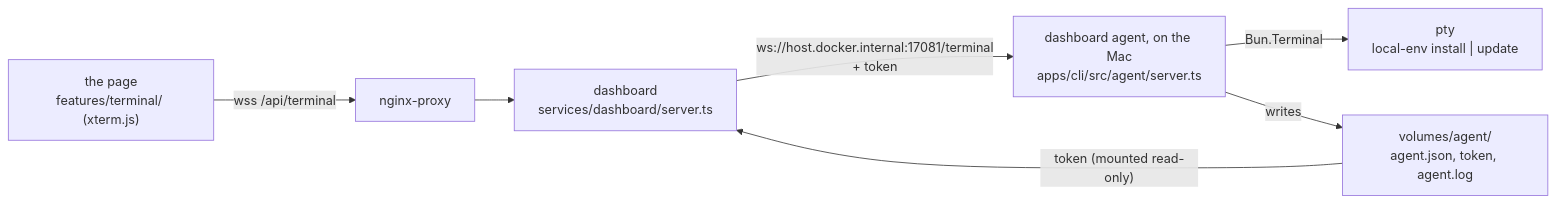
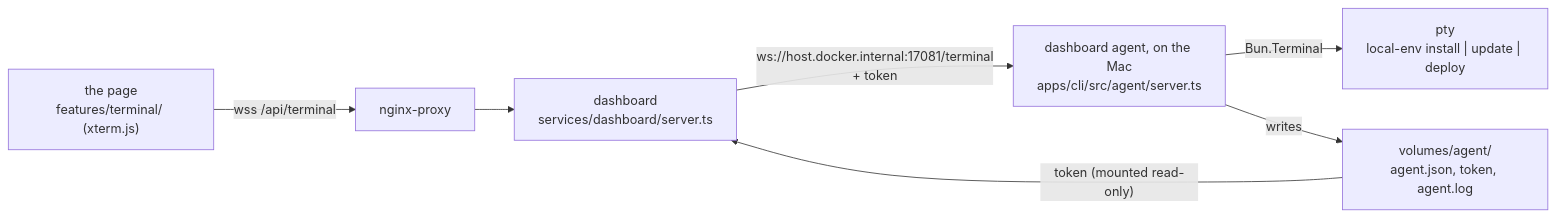
Before and after one commit to cgaube/local-env: the first of 2 diagrams in docs/3-how-it-works/dashboard-terminal.md, drawn with Mermaid. The commit also changed other lines of this file and 85 other files, not shown here.

````diff
--- a/docs/3-how-it-works/dashboard-terminal.md
+++ b/docs/3-how-it-works/dashboard-terminal.md
@@ -47,15 +49,15 @@
 ```mermaid
 flowchart LR
   browser["the page<br/>features/terminal/ (xterm.js)"]
   nginx["nginx-proxy"]
   dashboard["dashboard<br/>services/dashboard/server.ts"]
   agent["dashboard agent, on the Mac<br/>apps/cli/src/agent/server.ts"]
-  pty["pty<br/>local-env install | update"]
+  pty["pty<br/>local-env install | update | deploy"]
   files["volumes/agent/<br/>agent.json, token, agent.log"]
 
   browser -- "wss /api/terminal" --> nginx --> dashboard
   dashboard -- "ws://host.docker.internal:17081/terminal<br/>+ token" --> agent
   agent -- "Bun.Terminal" --> pty
   agent -- writes --> files
   files -- "token (mounted read-only)" --> dashboard
 ```
````
